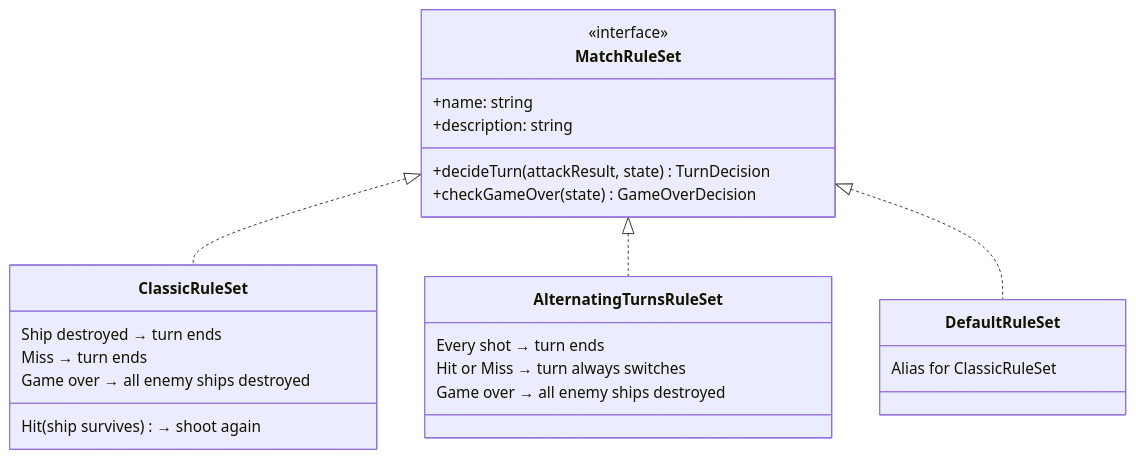
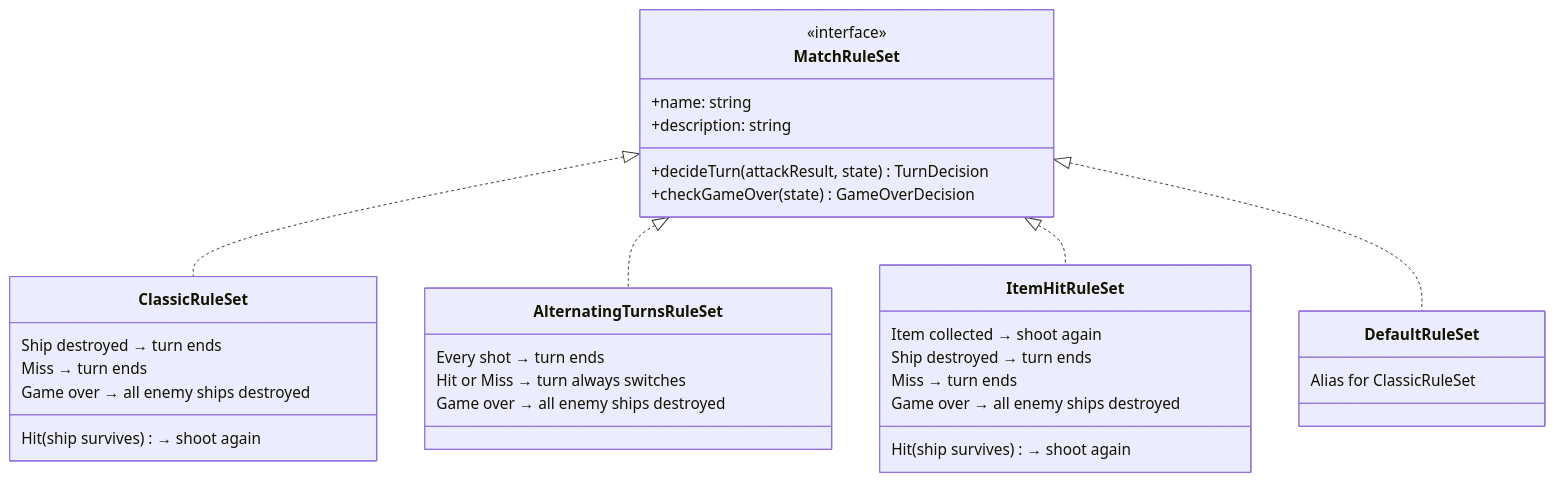
One commit to alexsantos-eth/armada-engine changed the fourth of 10 diagrams in docs/core-architecture.md. Above: the diagram before and after it, drawn with Mermaid. The commit also changed other lines of this file and 4 other files, not shown here.

````diff
--- a/docs/core-architecture.md
+++ b/docs/core-architecture.md
@@ -160,31 +160,40 @@
 ```mermaid
 classDiagram
     class MatchRuleSet {
         <<interface>>
         +name: string
         +description: string
         +decideTurn(attackResult, state) TurnDecision
         +checkGameOver(state) GameOverDecision
     }
 
     class ClassicRuleSet {
         Hit (ship survives) → shoot again
         Ship destroyed → turn ends
         Miss → turn ends
         Game over → all enemy ships destroyed
     }
 
     class AlternatingTurnsRuleSet {
         Every shot → turn ends
         Hit or Miss → turn always switches
         Game over → all enemy ships destroyed
     }
 
+    class ItemHitRuleSet {
+        Item collected → shoot again
+        Hit (ship survives) → shoot again
+        Ship destroyed → turn ends
+        Miss → turn ends
+        Game over → all enemy ships destroyed
+    }
+
     class DefaultRuleSet {
         Alias for ClassicRuleSet
     }
 
     MatchRuleSet <|.. ClassicRuleSet
     MatchRuleSet <|.. AlternatingTurnsRuleSet
+    MatchRuleSet <|.. ItemHitRuleSet
     MatchRuleSet <|.. DefaultRuleSet
 ```
````
